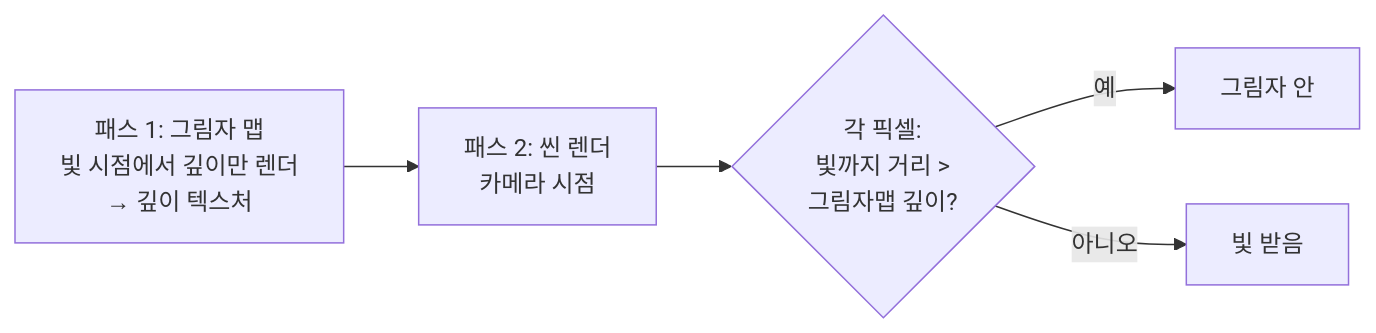
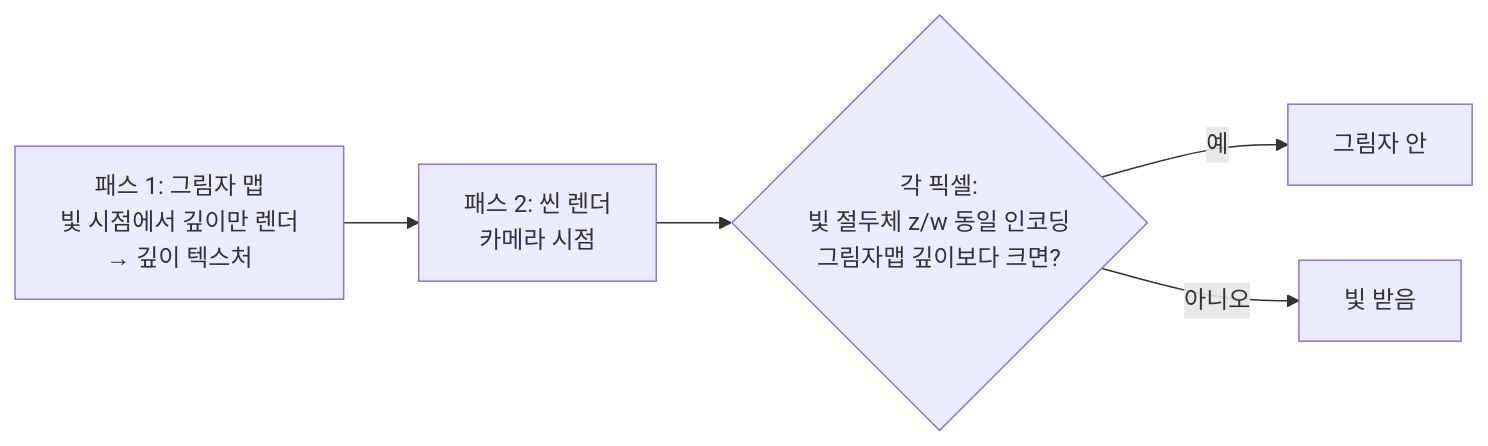
Before and after one commit to Rein-ArXiv/game-dev-curriculum: the fourth of 7 diagrams in graphics/stage0_fund_08_framebuffer_multipass.md, drawn with Mermaid. The commit also changed other lines of this file and 279 other files, not shown here.

````diff
--- a/graphics/stage0_fund_08_framebuffer_multipass.md
+++ b/graphics/stage0_fund_08_framebuffer_multipass.md
@@ -177,7 +177,7 @@
 ```mermaid
 flowchart LR
     P1[패스 1: 그림자 맵<br/>빛 시점에서 깊이만 렌더<br/>→ 깊이 텍스처] --> P2[패스 2: 씬 렌더<br/>카메라 시점]
-    P2 --> T{각 픽셀:<br/>빛까지 거리 ><br/>그림자맵 깊이?}
+    P2 --> T{각 픽셀:<br/>빛 절두체 z/w 동일 인코딩<br/>그림자맵 깊이보다 크면?}
     T -->|예| SH[그림자 안]
     T -->|아니오| LIT[빛 받음]
 ```
````
